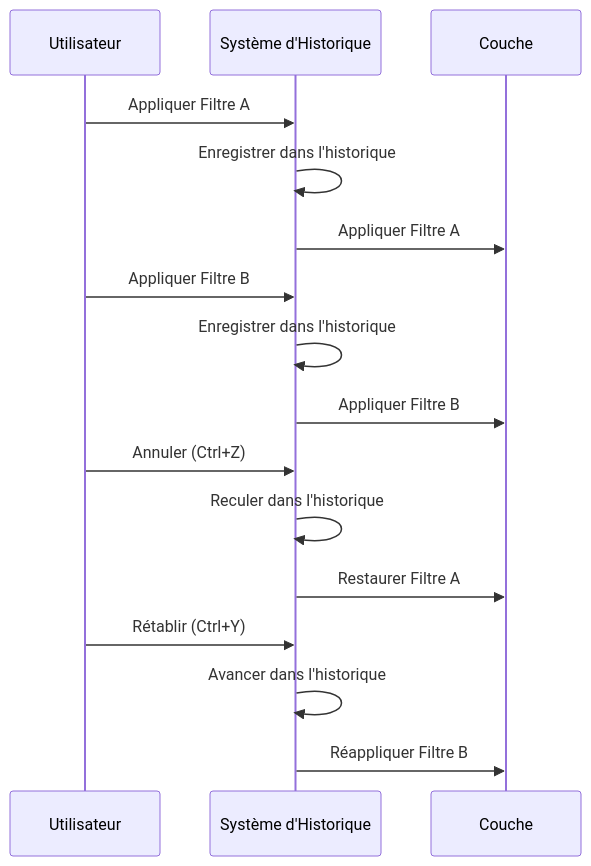
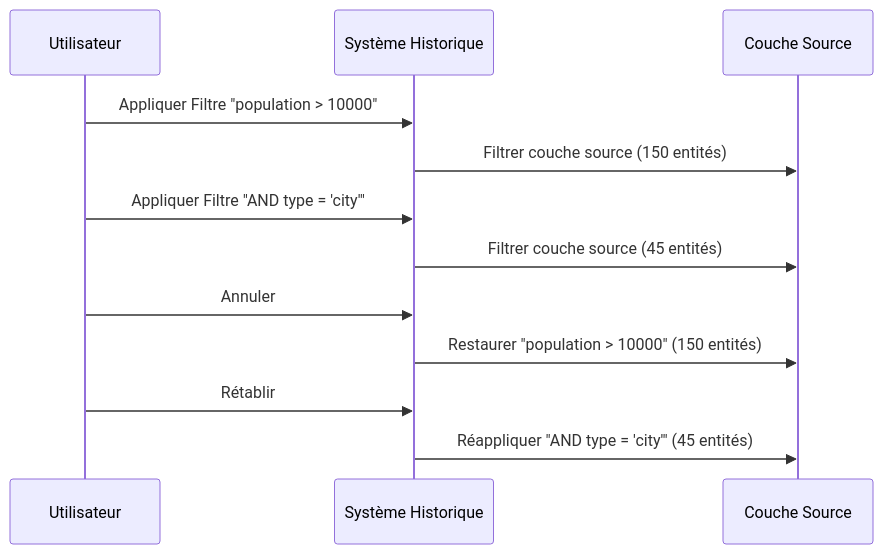
Before and after one commit to sducournau/filter_mate: the first of 2 diagrams in website/i18n/fr/docusaurus-plugin-content-docs/current/user-guide/filter-history.md, drawn with Mermaid. The commit also changed other lines of this file and 67 other files, not shown here.

````diff
--- a/website/i18n/fr/docusaurus-plugin-content-docs/current/user-guide/filter-history.md
+++ b/website/i18n/fr/docusaurus-plugin-content-docs/current/user-guide/filter-history.md
@@ -89,22 +59,18 @@
 ```mermaid
 sequenceDiagram
     participant U as Utilisateur
-    participant H as Système d'Historique
-    participant L as Couche
+    participant H as Système Historique
+    participant S as Couche Source
     
-    U->>H: Appliquer Filtre A
-    H->>H: Enregistrer dans l'historique
-    H->>L: Appliquer Filtre A
+    U->>H: Appliquer Filtre "population > 10000"
+    H->>S: Filtrer couche source (150 entités)
     
-    U->>H: Appliquer Filtre B
-    H->>H: Enregistrer dans l'historique
-    H->>L: Appliquer Filtre B
+    U->>H: Appliquer Filtre "AND type = 'city'"
+    H->>S: Filtrer couche source (45 entités)
     
-    U->>H: Annuler (Ctrl+Z)
-    H->>H: Reculer dans l'historique
-    H->>L: Restaurer Filtre A
+    U->>H: Annuler
+    H->>S: Restaurer "population > 10000" (150 entités)
     
-    U->>H: Rétablir (Ctrl+Y)
-    H->>H: Avancer dans l'historique
-    H->>L: Réappliquer Filtre B
+    U->>H: Rétablir
+    H->>S: Réappliquer "AND type = 'city'" (45 entités)
 ```
````
